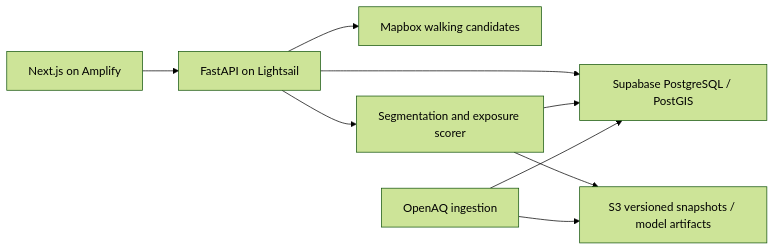
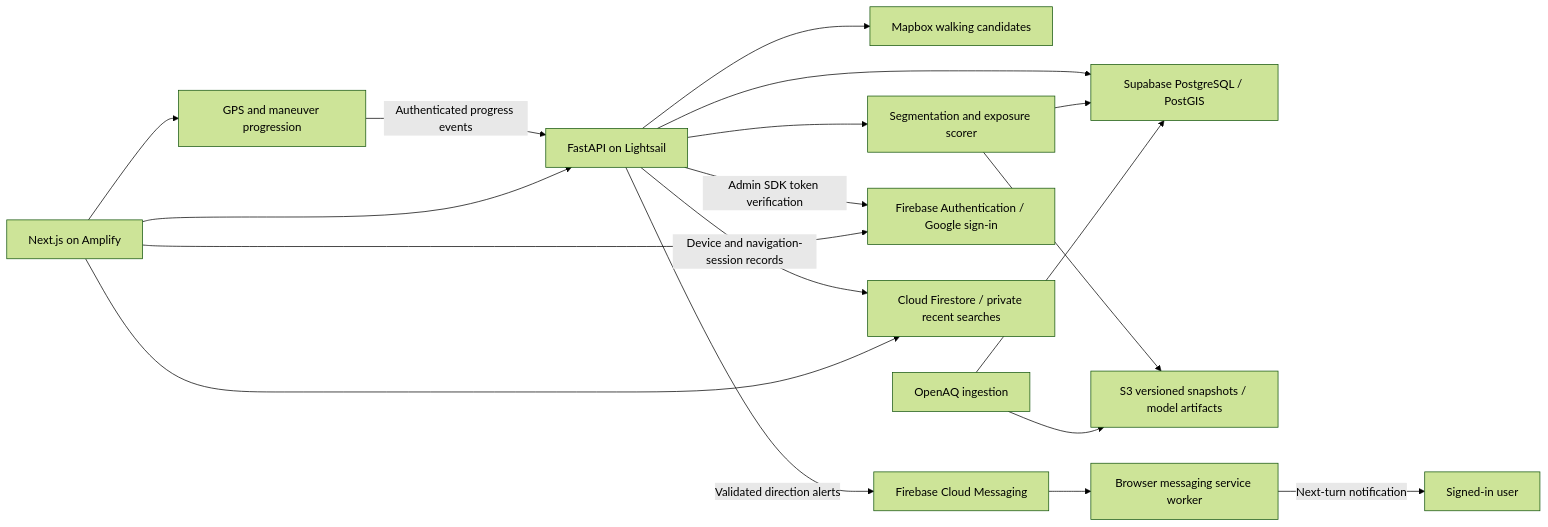
Before and after one commit to Shubh3155/AWS-DTU: the diagram in documentations/IMPLEMENTATION_PLAN.md, drawn with Mermaid (forest theme). The commit also changed other lines of this file and 4 other files, not shown here.

Commit message:
docs(ci): document Firebase setup and automate session and rules checks

````diff
--- a/documentations/IMPLEMENTATION_PLAN.md
+++ b/documentations/IMPLEMENTATION_PLAN.md
@@ -204,11 +253,20 @@
 ```mermaid
 flowchart LR
     UI[Next.js on Amplify] --> API[FastAPI on Lightsail]
     API --> Routes[Mapbox walking candidates]
     API --> Score[Segmentation and exposure scorer]
     AQ[OpenAQ ingestion] --> DB[Supabase PostgreSQL / PostGIS]
     Score --> DB
     API --> DB
     AQ --> S3[S3 versioned snapshots / model artifacts]
     Score --> S3
+    UI --> Auth[Firebase Authentication / Google sign-in]
+    UI --> History[Cloud Firestore / private recent searches]
+    UI --> Nav[GPS and maneuver progression]
+    Nav -->|Authenticated progress events| API
+    API -->|Admin SDK token verification| Auth
+    API -->|Device and navigation-session records| History
+    API -->|Validated direction alerts| FCM[Firebase Cloud Messaging]
+    FCM --> SW[Browser messaging service worker]
+    SW -->|Next-turn notification| User[Signed-in user]
 ```
````
